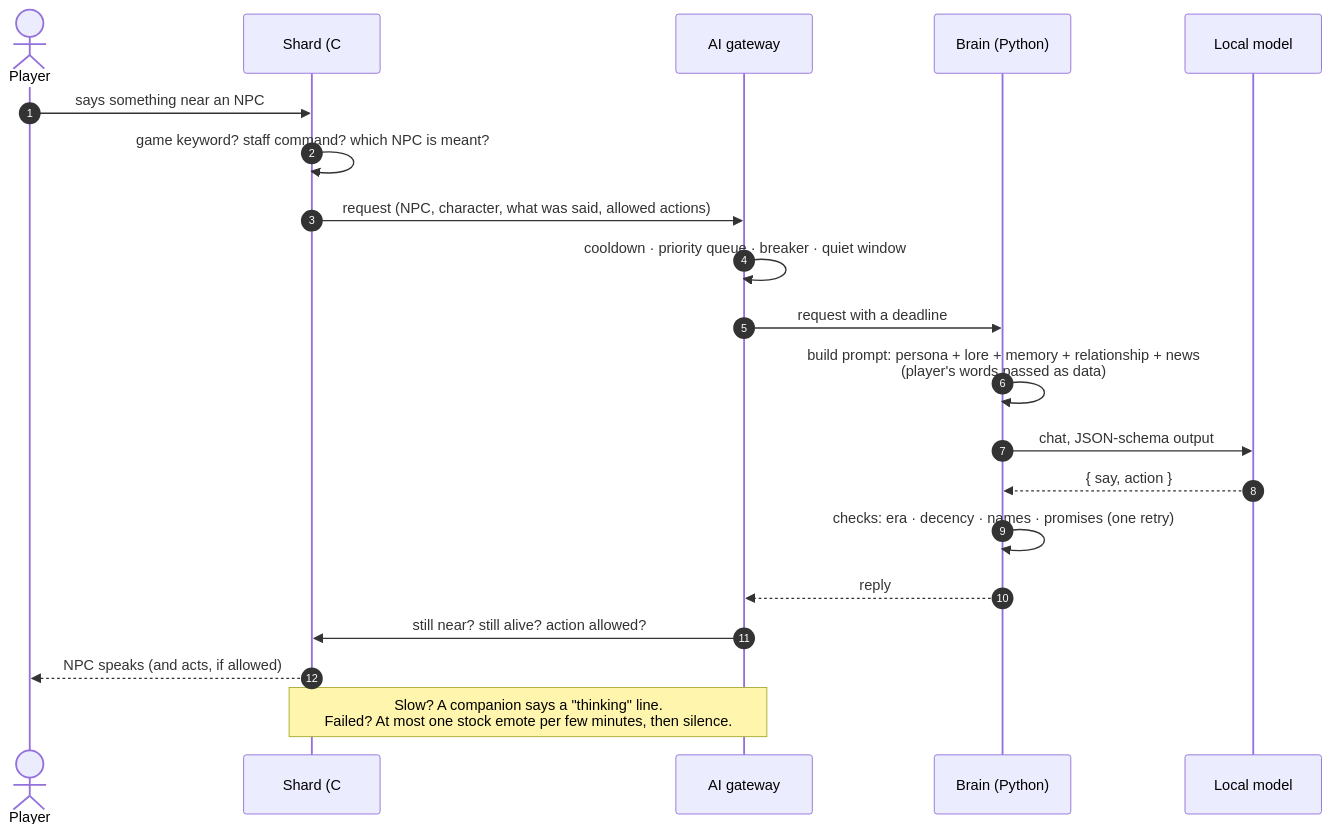
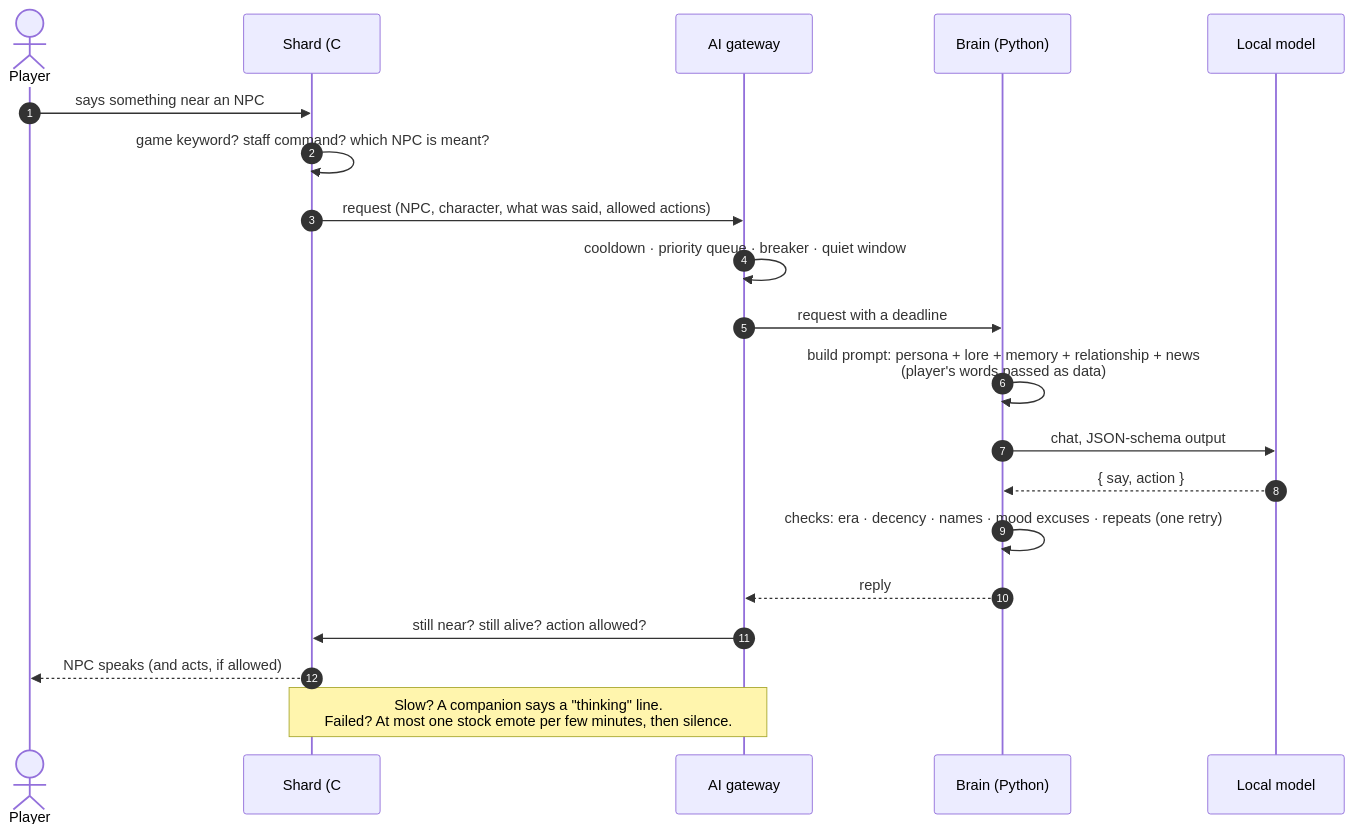
Before and after one commit to Deny2461/avallone-shard: the second of 8 diagrams in avallone-docs/DESIGN.md, drawn with Mermaid. The commit also changed other lines of this file and 42 other files, not shown here.

````diff
--- a/avallone-docs/DESIGN.md
+++ b/avallone-docs/DESIGN.md
@@ -136,22 +137,22 @@
 ```mermaid
 sequenceDiagram
     autonumber
     actor Player
     participant Shard as Shard (C#)
     participant Gate as AI gateway
     participant Brain as Brain (Python)
     participant Model as Local model
     Player->>Shard: says something near an NPC
     Shard->>Shard: game keyword? staff command? which NPC is meant?
     Shard->>Gate: request (NPC, character, what was said, allowed actions)
     Gate->>Gate: cooldown · priority queue · breaker · quiet window
     Gate->>Brain: request with a deadline
     Brain->>Brain: build prompt: persona + lore + memory + relationship + news<br/>(player's words passed as data)
     Brain->>Model: chat, JSON-schema output
     Model-->>Brain: { say, action }
-    Brain->>Brain: checks: era · decency · names · promises (one retry)
+    Brain->>Brain: checks: era · decency · names · mood excuses · repeats (one retry)
     Brain-->>Gate: reply
     Gate->>Shard: still near? still alive? action allowed?
     Shard-->>Player: NPC speaks (and acts, if allowed)
     Note over Gate,Shard: Slow? A companion says a "thinking" line.<br/>Failed? At most one stock emote per few minutes, then silence.
 ```
````
